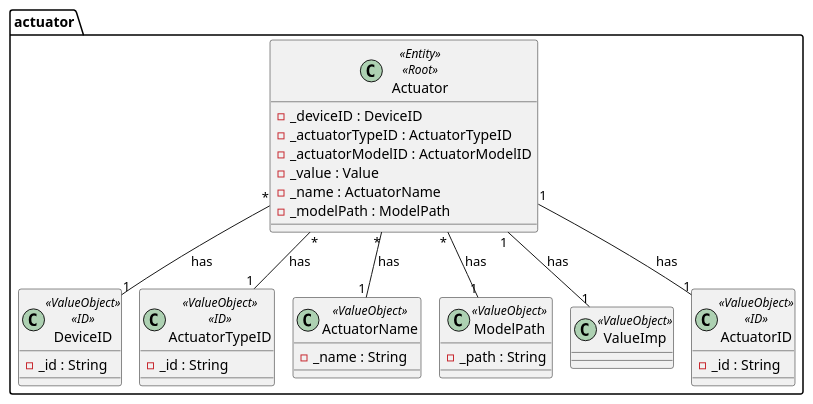
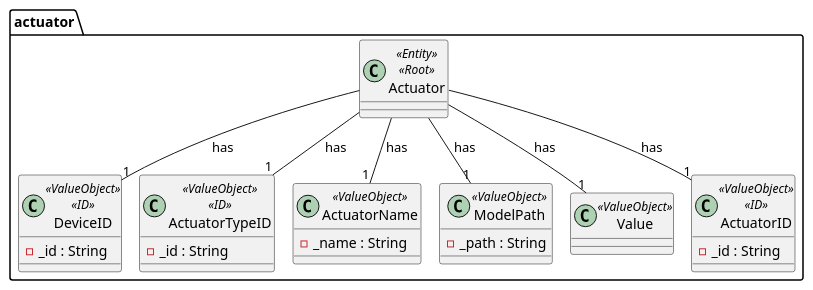
The diagram in docs/ooa/4.agreggateModels/Actuator.puml (olivDiogo/SmartHome), drawn with PlantUML before and after one commit. The commit also changed 10 other files, not shown here.

```diff
--- a/docs/ooa/4.agreggateModels/Actuator.puml
+++ b/docs/ooa/4.agreggateModels/Actuator.puml
@@ -1,46 +1,40 @@
 @startuml
 'https://plantuml.com/class-diagram
 !pragma layout smetana
 
 package actuator {
     class Actuator <<Entity>> <<Root>> {
-        - _deviceID : DeviceID
-        - _actuatorTypeID : ActuatorTypeID
-        - _actuatorModelID : ActuatorModelID
-        - _value : Value
-        - _name : ActuatorName
-        - _modelPath : ModelPath
     }
     class DeviceID <<ValueObject>> <<ID>> {
         - _id : String
     }
 
     class ActuatorTypeID <<ValueObject>> <<ID>> {
         - _id : String
     }
 
     class ActuatorName <<ValueObject>> {
         - _name : String
     }
 
     class ModelPath <<ValueObject>> {
         - _path : String
     }
 
-    class ValueImp <<ValueObject>>{
+    class Value <<ValueObject>>{
     }
 
     class ActuatorID <<ValueObject>> <<ID>> {
         - _id : String
     }
 
 }
 
-Actuator "*" -- "1" ActuatorTypeID : has
-Actuator "1" -- "1" ValueImp : has
-Actuator "*" -- "1" DeviceID : has
-Actuator "*" -- "1" ActuatorName : has
-Actuator "*" -- "1" ModelPath : has
-Actuator "1" -- "1" ActuatorID : has
+Actuator  -- "1" ActuatorTypeID : has
+Actuator  -- "1" Value : has
+Actuator  -- "1" DeviceID : has
+Actuator  -- "1" ActuatorName : has
+Actuator  -- "1" ModelPath : has
+Actuator  -- "1" ActuatorID : has
 
 @enduml
```
